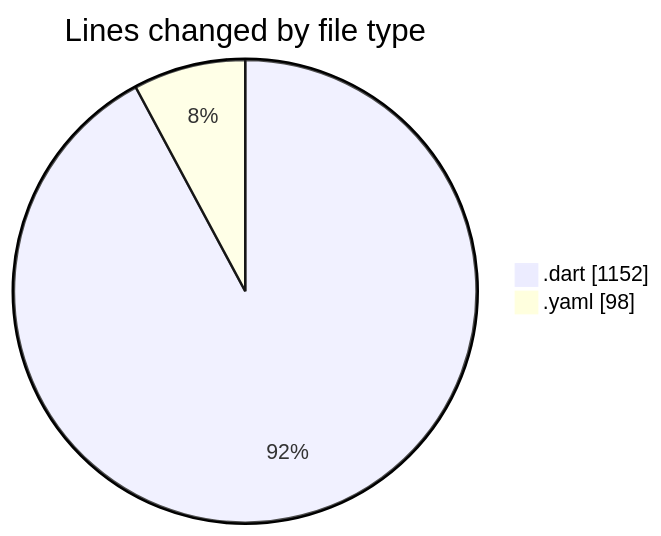
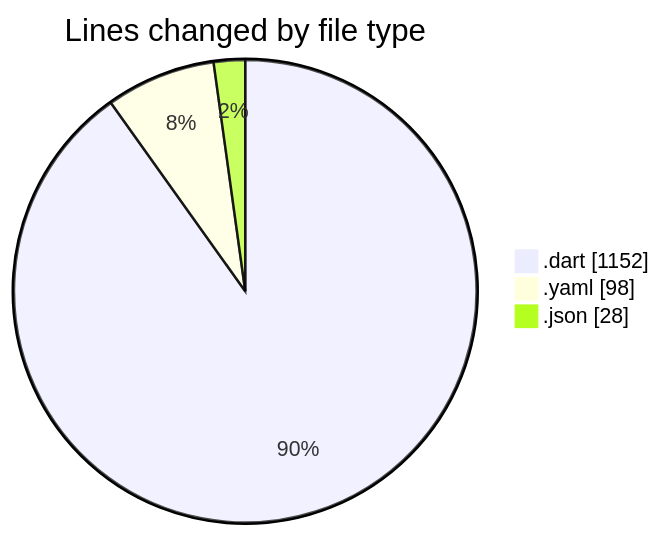
One commit to donsfak/code-tracking changed the first of 2 diagrams in 2025-11-01/weather_insights_app/README.md. Above: the diagram before and after it, drawn with Mermaid. The commit also changed other lines of this file and 1 other file, not shown here.

````diff
--- a/2025-11-01/weather_insights_app/README.md
+++ b/2025-11-01/weather_insights_app/README.md
@@ -27,6 +28,7 @@
 ```mermaid
 pie showData
 title Lines changed by file type
 ".dart" : 1152
 ".yaml" : 98
+".json" : 28
 ```
````
